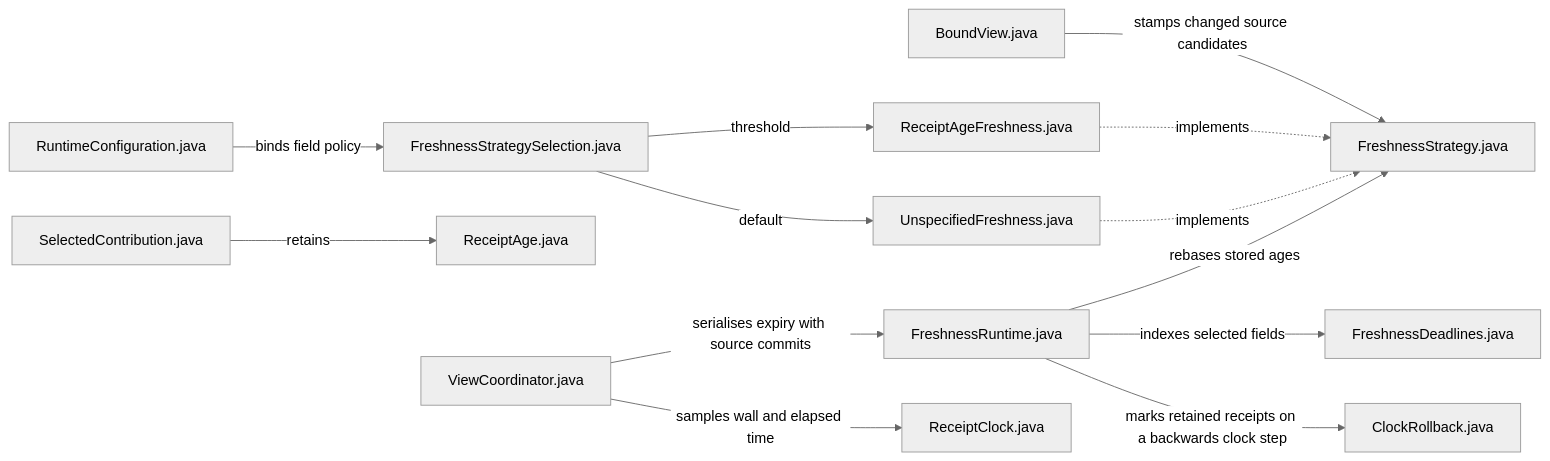
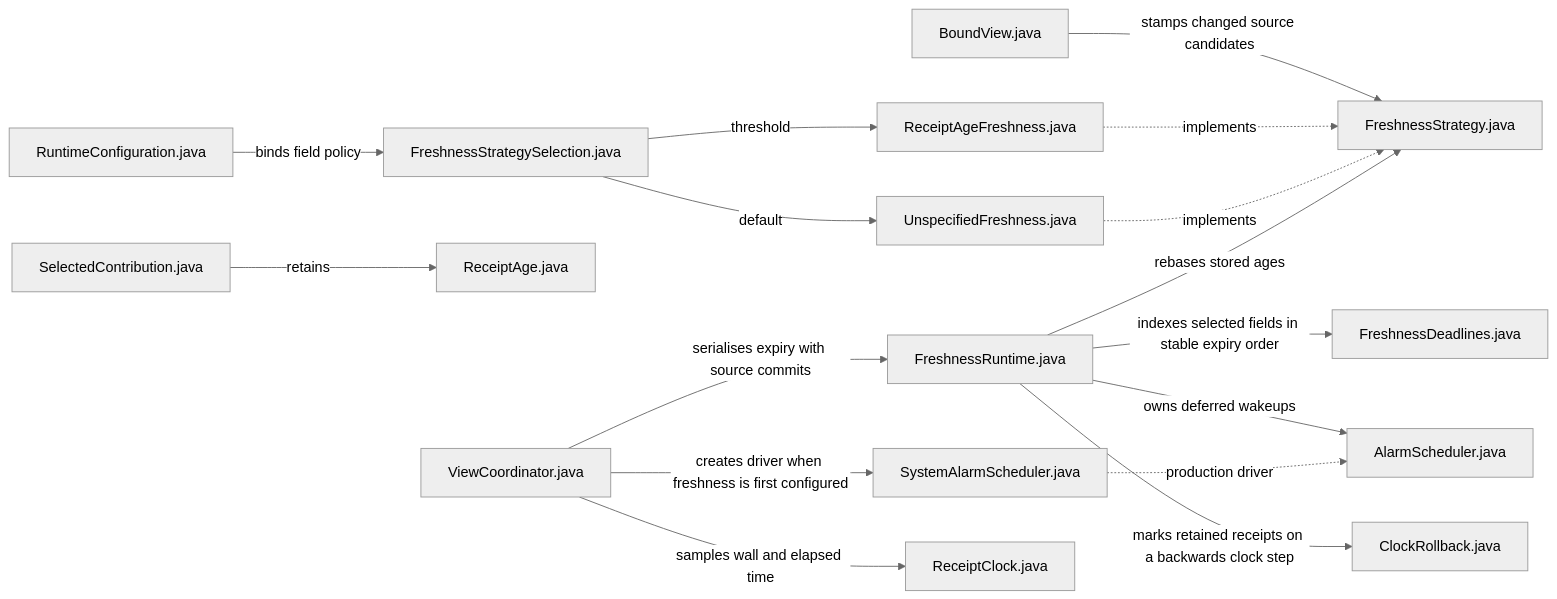
The tenth of 14 diagrams in zooglass/docs/source-map.md (sproates/zooglass), drawn with Mermaid (neutral theme) before and after one commit. The commit also changed other lines of this file and 7 other files, not shown here.

Commit message:
Extract controllable freshness alarm driver

````diff
--- a/zooglass/docs/source-map.md
+++ b/zooglass/docs/source-map.md
@@ -206,15 +206,18 @@
 ```mermaid
 flowchart LR
   config["RuntimeConfiguration.java"] -->|binds field policy| select["FreshnessStrategySelection.java"]
   select -->|default| unspecified["UnspecifiedFreshness.java"]
   select -->|threshold| age["ReceiptAgeFreshness.java"]
   bound["BoundView.java"] -->|stamps changed source candidates| policy["FreshnessStrategy.java"]
   age -.->|implements| policy
   unspecified -.->|implements| policy
   candidate["SelectedContribution.java"] -->|retains| receipt["ReceiptAge.java"]
   runtime["ViewCoordinator.java"] -->|serialises expiry with source commits| timing["FreshnessRuntime.java"]
-  timing -->|indexes selected fields| queue["FreshnessDeadlines.java"]
+  timing -->|indexes selected fields in stable expiry order| queue["FreshnessDeadlines.java"]
+  timing -->|owns deferred wakeups| alarms["AlarmScheduler.java"]
+  production["SystemAlarmScheduler.java"] -.->|production driver| alarms
+  runtime -->|creates driver when freshness is first configured| production
   runtime -->|samples wall and elapsed time| clock["ReceiptClock.java"]
   timing -->|marks retained receipts on a backwards clock step| rollback["ClockRollback.java"]
   timing -->|rebases stored ages| policy
 ```
````
